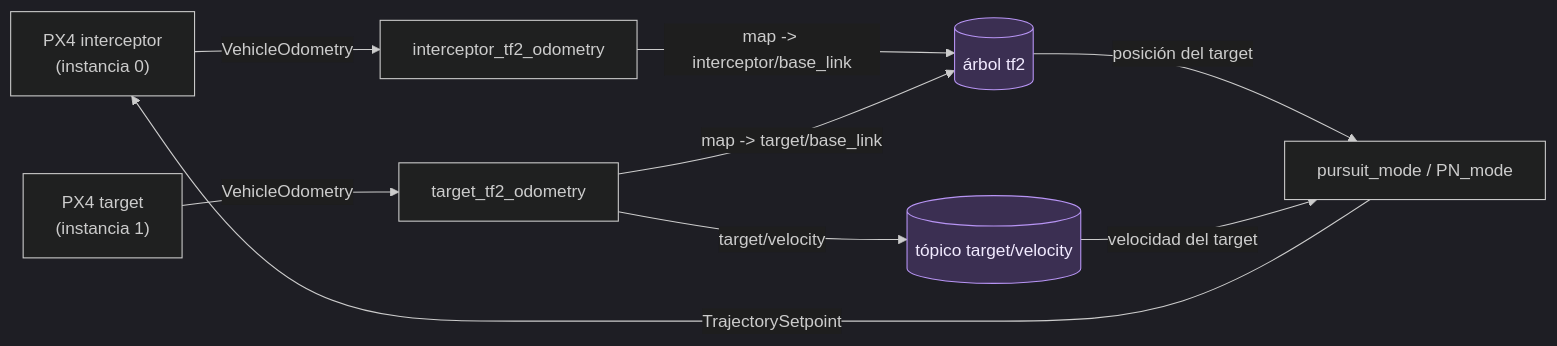
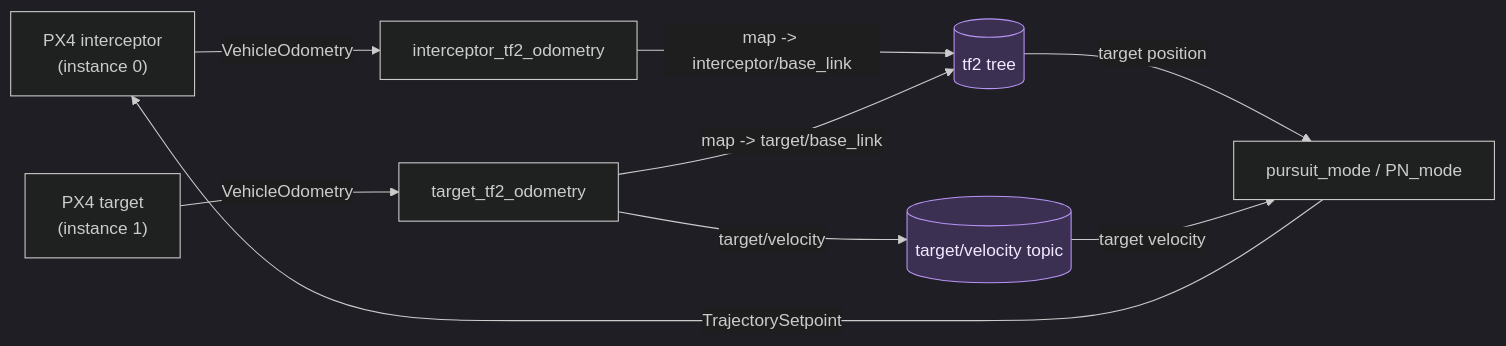
The first of 2 diagrams in docs/wiki/Architecture.md (PACO-Interceptor/ws_interceptor), drawn with Mermaid before and after one commit. The commit also changed other lines of this file and 17 other files, not shown here.

````diff
--- a/docs/wiki/Architecture.md
+++ b/docs/wiki/Architecture.md
@@ -10,17 +10,17 @@
 ```mermaid
 %%{init: {"theme": "dark", "themeVariables": {"lineColor": "#cccccc", "edgeLabelBackground": "#1e1e1e"}}}%%
 flowchart LR
-    PX4I["PX4 interceptor<br/>(instancia 0)"] -->|VehicleOdometry| TFI[interceptor_tf2_odometry]
-    TFI -->|"map -> interceptor/base_link"| TF2[("árbol tf2")]
+    PX4I["PX4 interceptor<br/>(instance 0)"] -->|VehicleOdometry| TFI[interceptor_tf2_odometry]
+    TFI -->|"map -> interceptor/base_link"| TF2[("tf2 tree")]
 
-    PX4T["PX4 target<br/>(instancia 1)"] -->|VehicleOdometry| TFT[target_tf2_odometry]
+    PX4T["PX4 target<br/>(instance 1)"] -->|VehicleOdometry| TFT[target_tf2_odometry]
     TFT -->|"map -> target/base_link"| TF2
-    TFT -->|target/velocity| VEL[("tópico target/velocity")]
+    TFT -->|target/velocity| VEL[("target/velocity topic")]
 
-    TF2 -->|posición del target| MODE["pursuit_mode / PN_mode"]
-    VEL -->|velocidad del target| MODE
+    TF2 -->|target position| MODE["pursuit_mode / PN_mode"]
+    VEL -->|target velocity| MODE
     MODE -->|TrajectorySetpoint| PX4I
 
     classDef datastore fill:#3b2f52,stroke:#b794f4,color:#f1eaff
     class TF2,VEL datastore
 ```
````
